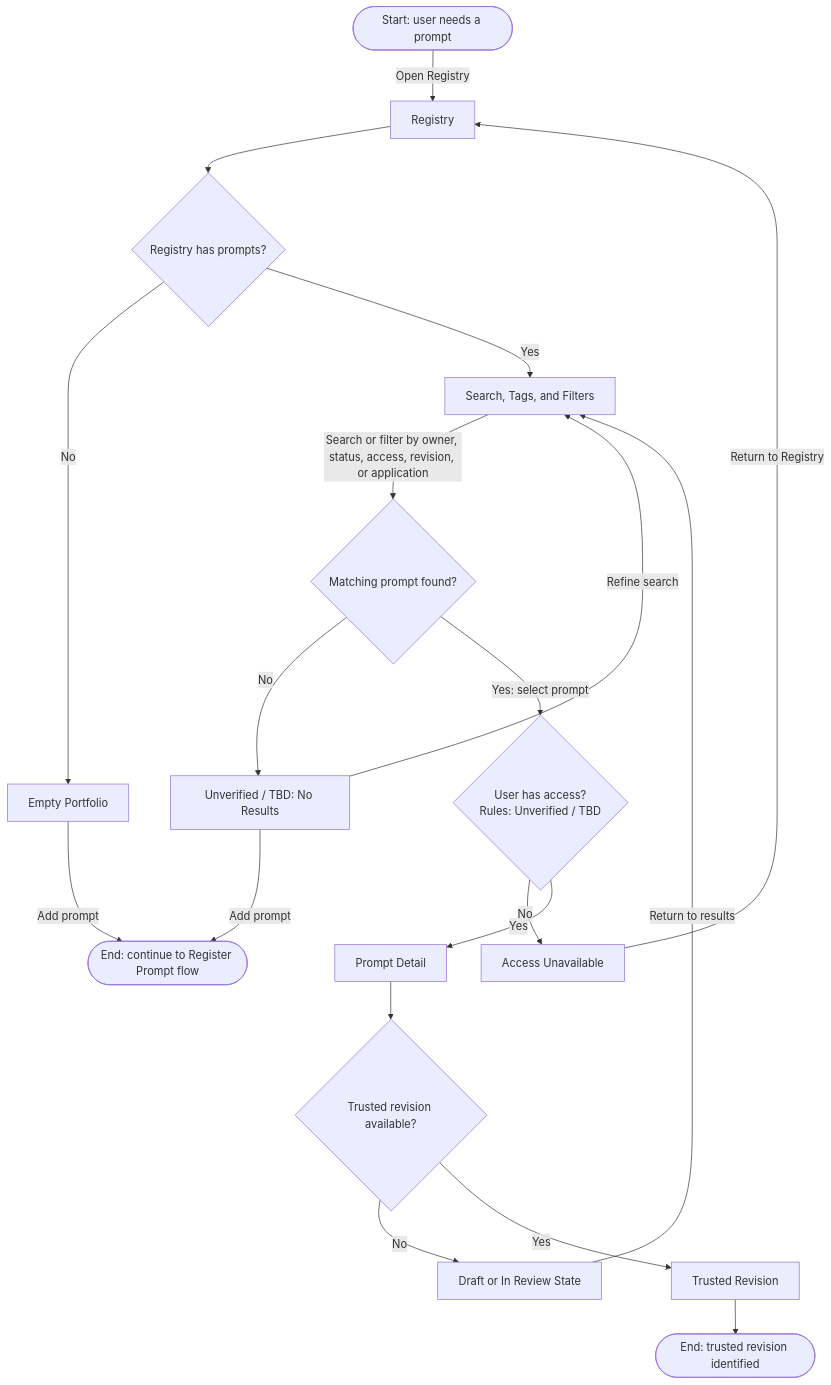
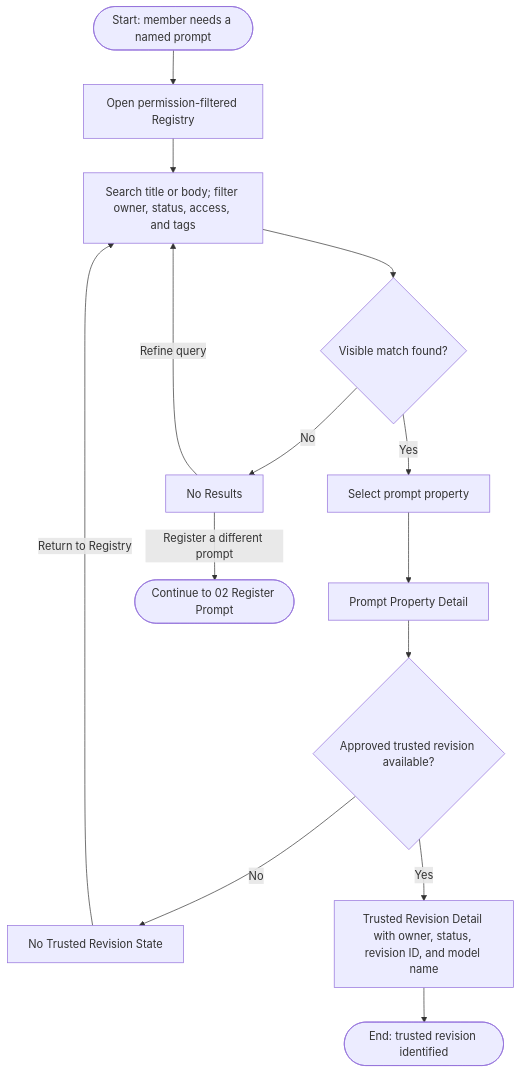
One commit to ngohuunghia-123/Prope_Prompt_Versioning changed the diagram in docs/user-flows/03-find-trusted-prompt.mmd. Above: the diagram before and after it, drawn with Mermaid. The commit also changed 9 other files, not shown here.

```diff
--- a/docs/user-flows/03-find-trusted-prompt.mmd
+++ b/docs/user-flows/03-find-trusted-prompt.mmd
@@ -1,37 +1,33 @@
 flowchart TD
-    %% Sources: prope_source_of_truth.md S1, H-01, H-02, Release 1; business-analysis.md FR-03.
+    %% Sources: brainstorm/00_context.md Scope, A-017, A-021, A-114, A-116, A-118,
+    %% prompt-registry.lock.yml and access-control.lock.yml.
 
-    start([Start: user needs a prompt])
-    registry[Registry]
-    has_prompts{Registry has prompts?}
-    empty[Empty Portfolio]
-    search[Search, Tags, and Filters]
-    results{Matching prompt found?}
-    no_results[Unverified / TBD: No Results]
-    permission{User has access?\nRules: Unverified / TBD}
-    denied[Access Unavailable]
-    detail[Prompt Detail]
-    trusted{Trusted revision available?}
-    status[Draft or In Review State]
-    trusted_detail[Trusted Revision]
+    start([Start: member needs a named prompt])
+    registry[Open permission-filtered Registry]
+    query[Search title or body; filter owner, status, access, and tags]
+    results{Visible match found?}
+    no_results[No Results]
+    select[Select prompt property]
+    detail[Prompt Property Detail]
+    trusted{Approved trusted revision available?}
+    unavailable[No Trusted Revision State]
+    trusted_detail[Trusted Revision Detail with owner, status, revision ID, and model name]
     end_found([End: trusted revision identified])
-    end_register([End: continue to Register Prompt flow])
+    register_handoff([Continue to 02 Register Prompt])
 
-    start -->|Open Registry| registry
-    registry --> has_prompts
-    has_prompts -->|No| empty
-    empty -->|Add prompt| end_register
-    has_prompts -->|Yes| search
-    search -->|Search or filter by owner, status, access, revision, or application| results
+    start --> registry
+    registry --> query
+    query --> results
     results -->|No| no_results
-    no_results -->|Refine search| search
-    no_results -->|Add prompt| end_register
-    results -->|Yes: select prompt| permission
-    permission -->|No| denied
-    denied -->|Return to Registry| registry
-    permission -->|Yes| detail
+    no_results -->|Refine query| query
+    no_results -->|Register a different prompt| register_handoff
+    results -->|Yes| select
+    select --> detail
     detail --> trusted
-    trusted -->|No| status
-    status -->|Return to results| search
+    trusted -->|No| unavailable
+    unavailable -->|Return to Registry| query
     trusted -->|Yes| trusted_detail
     trusted_detail --> end_found
+
+    %% Inaccessible prompt properties are returned as not found and never appear in Registry results.
+    %% Semantic search and similar-prompt clustering are out of scope.
```
